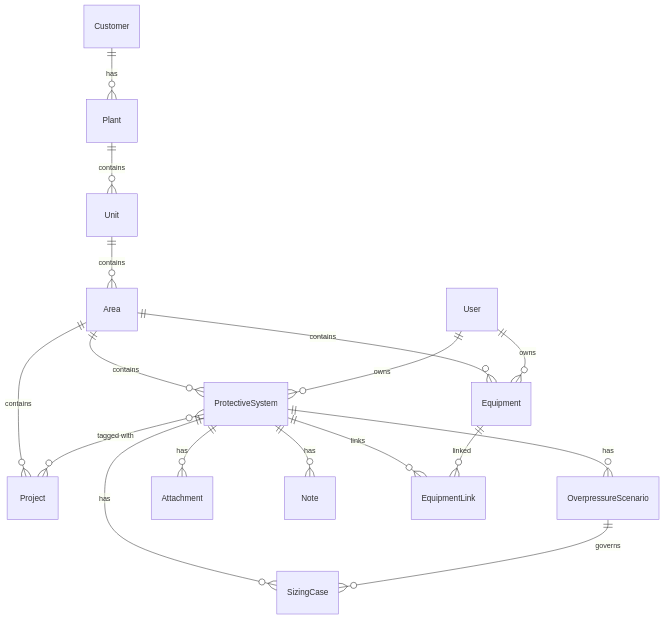
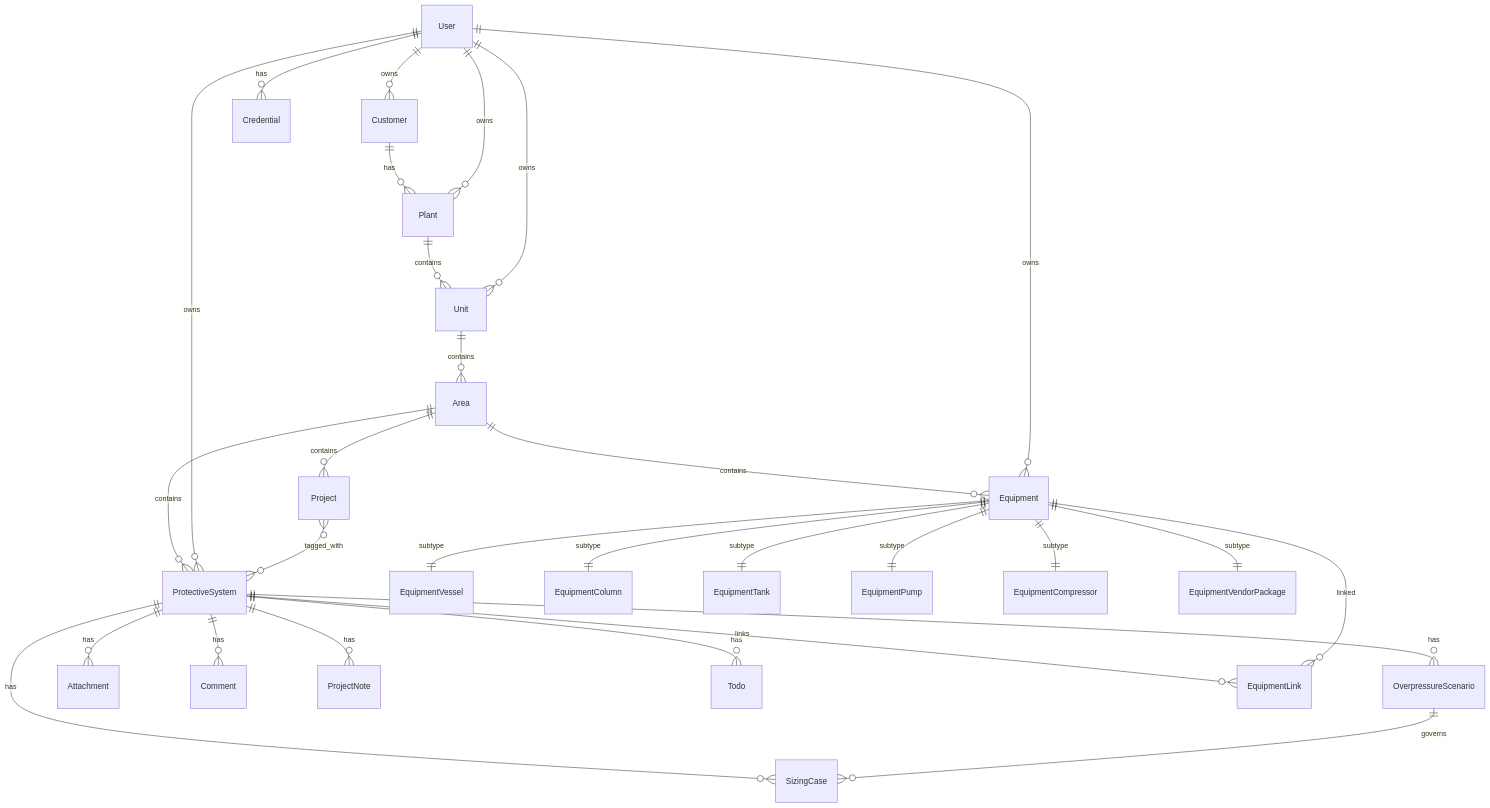
One commit to may3rd/process-engineering-suite changed the diagram in apps/psv/docs/DATABASE_SCHEMA.md. Above: the diagram before and after it, drawn with Mermaid. The commit also changed other lines of this file and 2 other files, not shown here.

Commit message:
add config, .env.exapmle and update database schema document

````diff
--- a/apps/psv/docs/DATABASE_SCHEMA.md
+++ b/apps/psv/docs/DATABASE_SCHEMA.md
@@ -7,21 +10,31 @@
 ```mermaid
 erDiagram
     Customer ||--o{ Plant : has
     Plant ||--o{ Unit : contains
     Unit ||--o{ Area : contains
     Area ||--o{ Project : contains
     Area ||--o{ ProtectiveSystem : contains
     Area ||--o{ Equipment : contains
-    
     ProtectiveSystem ||--o{ OverpressureScenario : has
     ProtectiveSystem ||--o{ SizingCase : has
     ProtectiveSystem ||--o{ Attachment : has
-    ProtectiveSystem ||--o{ Note : has
+    ProtectiveSystem ||--o{ Comment : has
+    ProtectiveSystem ||--o{ ProjectNote : has
+    ProtectiveSystem ||--o{ Todo : has
     ProtectiveSystem ||--o{ EquipmentLink : links
-    ProtectiveSystem }o--o{ Project : "tagged with"
-    
     OverpressureScenario ||--o{ SizingCase : governs
     Equipment ||--o{ EquipmentLink : linked
+    User ||--o{ Credential : has
+    User ||--o{ Customer : owns
+    User ||--o{ Plant : owns
+    User ||--o{ Unit : owns
+    User ||--o{ Equipment : owns
     User ||--o{ ProtectiveSystem : owns
-    User ||--o{ Equipment : owns
+    Project }o--o{ ProtectiveSystem : tagged_with
+    Equipment ||--|| EquipmentVessel : subtype
+    Equipment ||--|| EquipmentColumn : subtype
+    Equipment ||--|| EquipmentTank : subtype
+    Equipment ||--|| EquipmentPump : subtype
+    Equipment ||--|| EquipmentCompressor : subtype
+    Equipment ||--|| EquipmentVendorPackage : subtype
 ```
````
